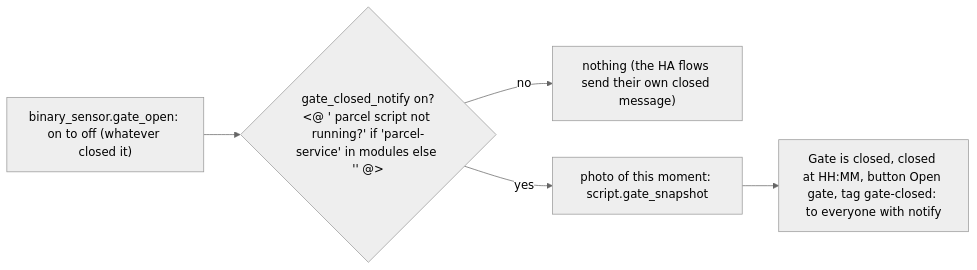
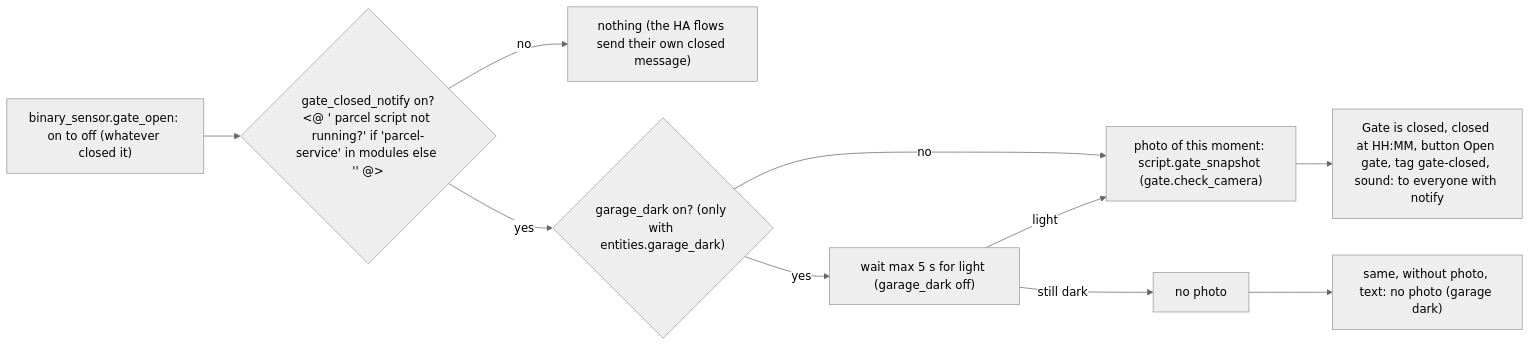
The fifth of 5 diagrams in modules/gate/LOGIC.md (smwlms/ha-kit), drawn with Mermaid (neutral theme) before and after one commit. The commit also changed other lines of this file and 7 other files, not shown here.

First line of the commit message:
fix(gate): sound on closed notifications, faster photo check, no black proof photo (#5)

````diff
--- a/modules/gate/LOGIC.md
+++ b/modules/gate/LOGIC.md
@@ -129,6 +133,12 @@
 ```mermaid
 flowchart LR
   T["binary_sensor.gate_open: on to off (whatever closed it)"] --> S{"gate_closed_notify on?<@ ' parcel script not running?' if 'parcel-service' in modules else '' @>"}
   S -- no --> X["nothing (the HA flows send their own closed message)"]
-  S -- yes --> P["photo of this moment: script.gate_snapshot"] --> N["Gate is closed, closed at HH:MM, button Open gate, tag gate-closed: to everyone with notify"]
+  S -- yes --> D{"garage_dark on? (only with entities.garage_dark)"}
+  D -- no --> P["photo of this moment: script.gate_snapshot (gate.check_camera)"]
+  D -- yes --> W["wait max 5 s for light (garage_dark off)"]
+  W -- light --> P
+  W -- "still dark" --> NP["no photo"]
+  P --> N["Gate is closed, closed at HH:MM, button Open gate, tag gate-closed, sound: to everyone with notify"]
+  NP --> N2["same, without photo, text: no photo (garage dark)"]
 ```
````
